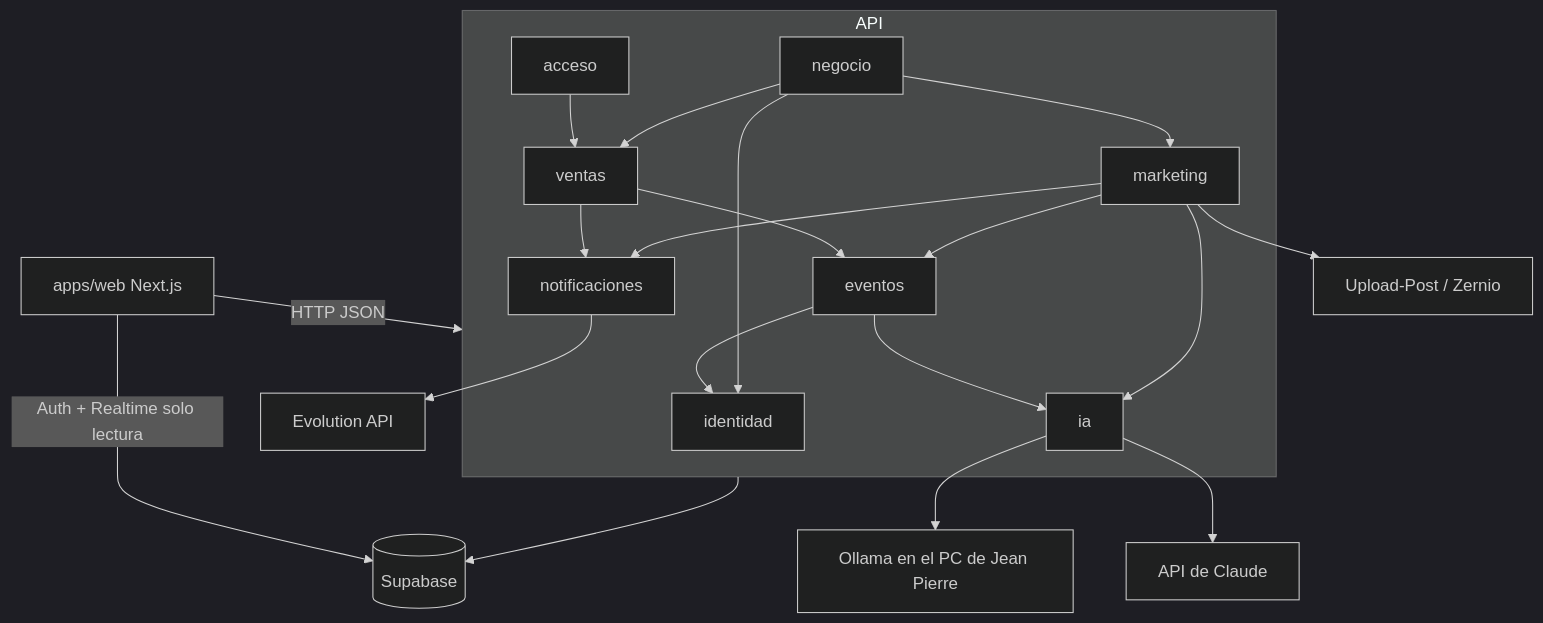
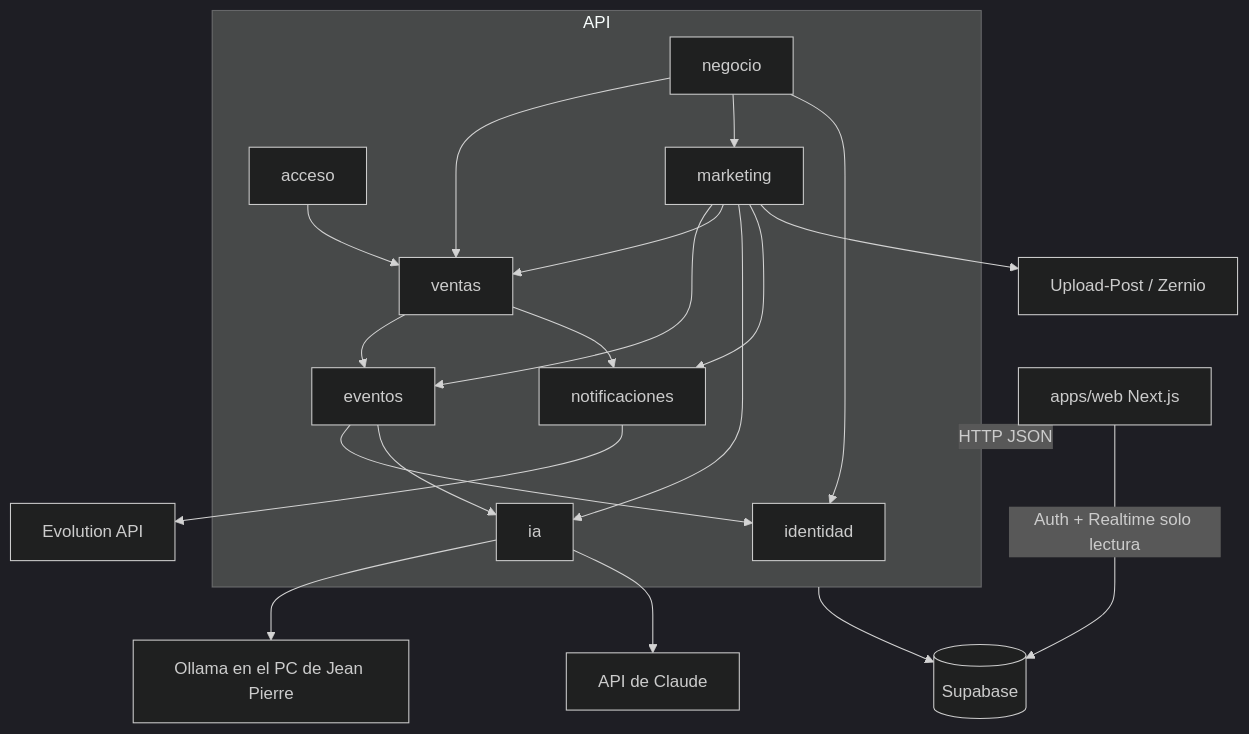
One commit to PierreCodex/Hackathon-LagTeam changed the first of 3 diagrams in _bmad-output/initiative-reto18-eventos/architecture-reto18-plataforma-eventos/architecture-reto18-plataforma-eventos.md. Above: the diagram before and after it, drawn with Mermaid (dark theme). The commit also changed 12 other files, not shown here.

First line of the commit message:
feat(marketing): enlaces rastreables y ventas por pieza (historia 3.2)

````diff
--- a/_bmad-output/initiative-reto18-eventos/architecture-reto18-plataforma-eventos/architecture-reto18-plataforma-eventos.md
+++ b/_bmad-output/initiative-reto18-eventos/architecture-reto18-plataforma-eventos/architecture-reto18-plataforma-eventos.md
@@ -39,24 +39,25 @@
 ```mermaid
 graph TD
   WEB[apps/web Next.js] -->|HTTP JSON| API[apps/api NestJS]
   WEB -->|Auth + Realtime solo lectura| SB[(Supabase)]
   subgraph API
     identidad
     eventos --> identidad
     eventos --> ia
     ventas --> eventos
     ventas --> notificaciones
     acceso --> ventas
     marketing --> eventos
+    marketing --> ventas
     marketing --> ia
     marketing --> notificaciones
     negocio --> ventas
     negocio --> marketing
     negocio --> identidad
   end
   API --> SB
   notificaciones --> EVO[Evolution API]
   ia --> OLL[Ollama en el PC de Jean Pierre]
   ia --> CLA[API de Claude]
   marketing --> SOC[Upload-Post / Zernio]
 ```
````
